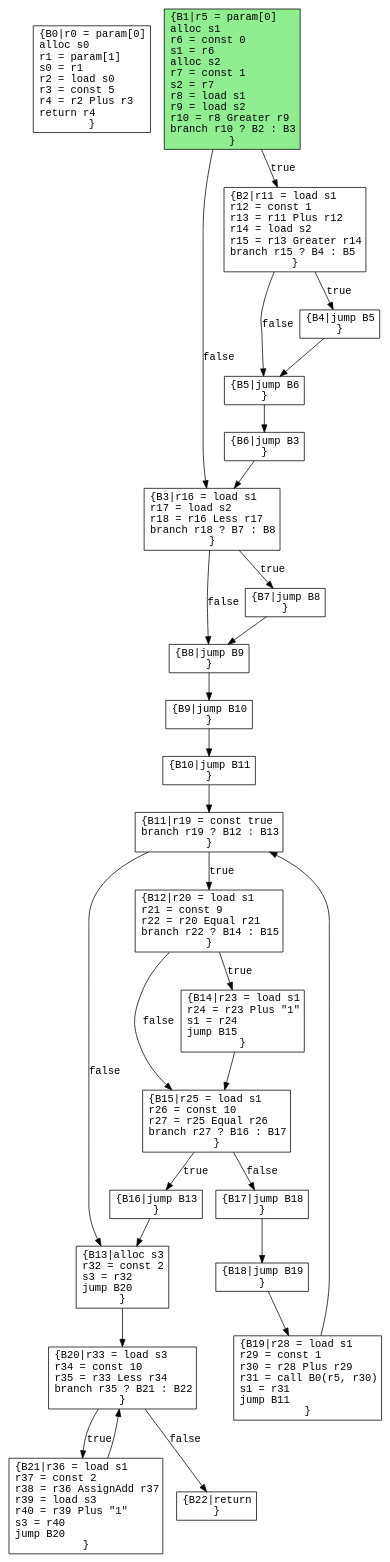
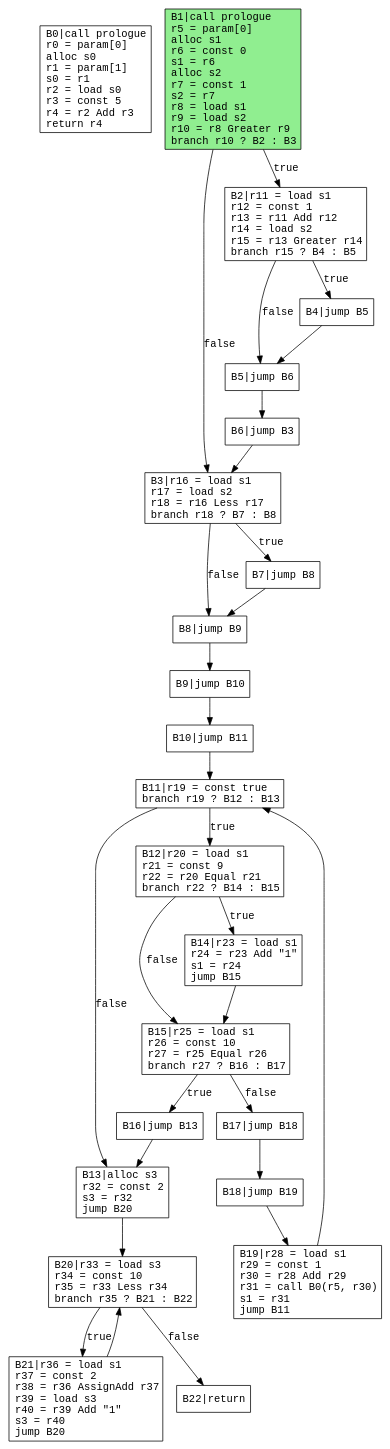
One commit to safarislava/ProcTranslator changed the diagram in output/scopes.dot. Above: the diagram before and after it, drawn with Graphviz. The commit also changed 22 other files, not shown here.

```diff
--- a/output/scopes.dot
+++ b/output/scopes.dot
@@ -1,58 +1,58 @@
 digraph CFG {
   rankdir=TB;
   node [shape=box, fontname="Courier"];
   edge [fontname="Courier"];
 
-  B0 [label="{B0|r0 = param[0]\lalloc s0\lr1 = param[1]\ls0 = r1\lr2 = load s0\lr3 = const 5\lr4 = r2 Plus r3\lreturn r4\l}"];
-  B1 [label="{B1|r5 = param[0]\lalloc s1\lr6 = const 0\ls1 = r6\lalloc s2\lr7 = const 1\ls2 = r7\lr8 = load s1\lr9 = load s2\lr10 = r8 Greater r9\lbranch r10 ? B2 : B3\l}"];
-  B2 [label="{B2|r11 = load s1\lr12 = const 1\lr13 = r11 Plus r12\lr14 = load s2\lr15 = r13 Greater r14\lbranch r15 ? B4 : B5\l}"];
-  B3 [label="{B3|r16 = load s1\lr17 = load s2\lr18 = r16 Less r17\lbranch r18 ? B7 : B8\l}"];
-  B4 [label="{B4|jump B5\l}"];
-  B5 [label="{B5|jump B6\l}"];
-  B6 [label="{B6|jump B3\l}"];
-  B7 [label="{B7|jump B8\l}"];
-  B8 [label="{B8|jump B9\l}"];
-  B9 [label="{B9|jump B10\l}"];
-  B10 [label="{B10|jump B11\l}"];
-  B11 [label="{B11|r19 = const true\lbranch r19 ? B12 : B13\l}"];
-  B12 [label="{B12|r20 = load s1\lr21 = const 9\lr22 = r20 Equal r21\lbranch r22 ? B14 : B15\l}"];
-  B13 [label="{B13|alloc s3\lr32 = const 2\ls3 = r32\ljump B20\l}"];
-  B14 [label="{B14|r23 = load s1\lr24 = r23 Plus \"1\"\ls1 = r24\ljump B15\l}"];
-  B15 [label="{B15|r25 = load s1\lr26 = const 10\lr27 = r25 Equal r26\lbranch r27 ? B16 : B17\l}"];
-  B16 [label="{B16|jump B13\l}"];
-  B17 [label="{B17|jump B18\l}"];
-  B18 [label="{B18|jump B19\l}"];
-  B19 [label="{B19|r28 = load s1\lr29 = const 1\lr30 = r28 Plus r29\lr31 = call B0(r5, r30)\ls1 = r31\ljump B11\l}"];
-  B20 [label="{B20|r33 = load s3\lr34 = const 10\lr35 = r33 Less r34\lbranch r35 ? B21 : B22\l}"];
-  B21 [label="{B21|r36 = load s1\lr37 = const 2\lr38 = r36 AssignAdd r37\lr39 = load s3\lr40 = r39 Plus \"1\"\ls3 = r40\ljump B20\l}"];
-  B22 [label="{B22|return\l}"];
+  B0 [label="B0|call prologue\lr0 = param[0]\lalloc s0\lr1 = param[1]\ls0 = r1\lr2 = load s0\lr3 = const 5\lr4 = r2 Add r3\lreturn r4\l"];
+  B1 [label="B1|call prologue\lr5 = param[0]\lalloc s1\lr6 = const 0\ls1 = r6\lalloc s2\lr7 = const 1\ls2 = r7\lr8 = load s1\lr9 = load s2\lr10 = r8 Greater r9\lbranch r10 ? B2 : B3\l"];
+  B2 [label="B2|r11 = load s1\lr12 = const 1\lr13 = r11 Add r12\lr14 = load s2\lr15 = r13 Greater r14\lbranch r15 ? B4 : B5\l"];
+  B3 [label="B3|r16 = load s1\lr17 = load s2\lr18 = r16 Less r17\lbranch r18 ? B7 : B8\l"];
+  B4 [label="B4|jump B5\l"];
+  B5 [label="B5|jump B6\l"];
+  B6 [label="B6|jump B3\l"];
+  B7 [label="B7|jump B8\l"];
+  B8 [label="B8|jump B9\l"];
+  B9 [label="B9|jump B10\l"];
+  B10 [label="B10|jump B11\l"];
+  B11 [label="B11|r19 = const true\lbranch r19 ? B12 : B13\l"];
+  B12 [label="B12|r20 = load s1\lr21 = const 9\lr22 = r20 Equal r21\lbranch r22 ? B14 : B15\l"];
+  B13 [label="B13|alloc s3\lr32 = const 2\ls3 = r32\ljump B20\l"];
+  B14 [label="B14|r23 = load s1\lr24 = r23 Add \"1\"\ls1 = r24\ljump B15\l"];
+  B15 [label="B15|r25 = load s1\lr26 = const 10\lr27 = r25 Equal r26\lbranch r27 ? B16 : B17\l"];
+  B16 [label="B16|jump B13\l"];
+  B17 [label="B17|jump B18\l"];
+  B18 [label="B18|jump B19\l"];
+  B19 [label="B19|r28 = load s1\lr29 = const 1\lr30 = r28 Add r29\lr31 = call B0(r5, r30)\ls1 = r31\ljump B11\l"];
+  B20 [label="B20|r33 = load s3\lr34 = const 10\lr35 = r33 Less r34\lbranch r35 ? B21 : B22\l"];
+  B21 [label="B21|r36 = load s1\lr37 = const 2\lr38 = r36 AssignAdd r37\lr39 = load s3\lr40 = r39 Add \"1\"\ls3 = r40\ljump B20\l"];
+  B22 [label="B22|return\l"];
   B1 -> B2 [label="true"];
   B1 -> B3 [label="false"];
   B2 -> B4 [label="true"];
   B2 -> B5 [label="false"];
   B3 -> B7 [label="true"];
   B3 -> B8 [label="false"];
   B4 -> B5;
   B5 -> B6;
   B6 -> B3;
   B7 -> B8;
   B8 -> B9;
   B9 -> B10;
   B10 -> B11;
   B11 -> B12 [label="true"];
   B11 -> B13 [label="false"];
   B12 -> B14 [label="true"];
   B12 -> B15 [label="false"];
   B13 -> B20;
   B14 -> B15;
   B15 -> B16 [label="true"];
   B15 -> B17 [label="false"];
   B16 -> B13;
   B17 -> B18;
   B18 -> B19;
   B19 -> B11;
   B20 -> B21 [label="true"];
   B20 -> B22 [label="false"];
   B21 -> B20;
   B1 [style=filled, fillcolor=lightgreen];
 }
```
